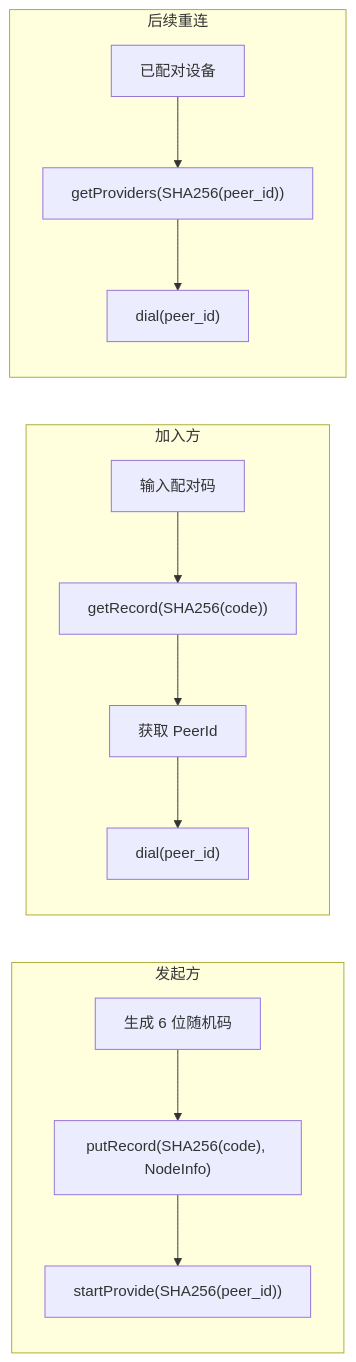
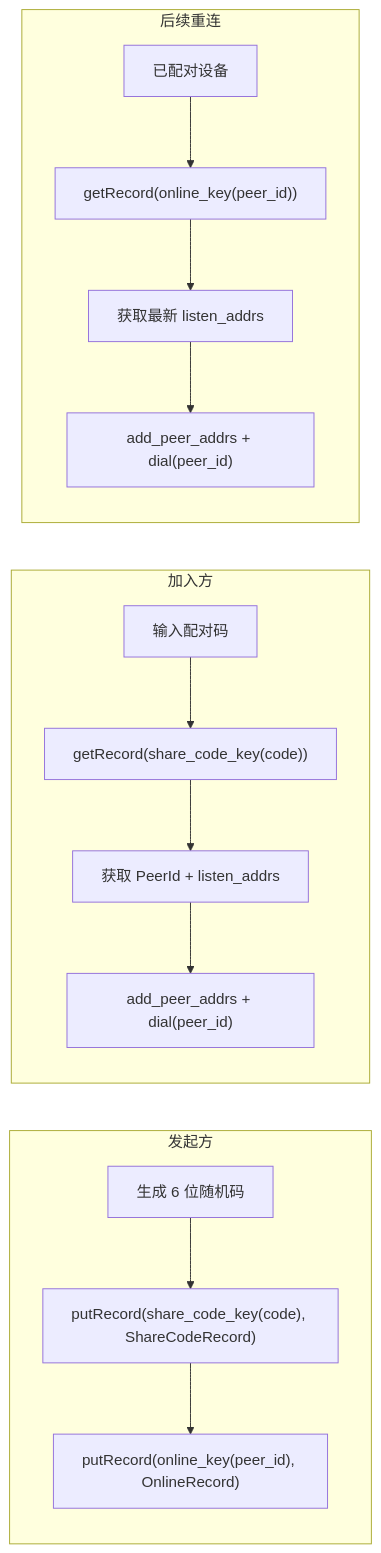
One commit to yexiyue/SwarmDrop changed the first of 5 diagrams in dev-notes/design/pairing-implementation.md. Above: the diagram before and after it, drawn with Mermaid. The commit also changed other lines of this file and 3 other files, not shown here.

````diff
--- a/dev-notes/design/pairing-implementation.md
+++ b/dev-notes/design/pairing-implementation.md
@@ -124,18 +127,19 @@
 ```mermaid
 flowchart LR
     subgraph 发起方
-        A1[生成 6 位随机码] --> A2["putRecord(SHA256(code), NodeInfo)"]
-        A2 --> A3["startProvide(SHA256(peer_id))"]
+        A1[生成 6 位随机码] --> A2["putRecord(share_code_key(code), ShareCodeRecord)"]
+        A2 --> A3["putRecord(online_key(peer_id), OnlineRecord)"]
     end
 
     subgraph 加入方
-        B1[输入配对码] --> B2["getRecord(SHA256(code))"]
-        B2 --> B3["获取 PeerId"]
-        B3 --> B4["dial(peer_id)"]
+        B1[输入配对码] --> B2["getRecord(share_code_key(code))"]
+        B2 --> B3["获取 PeerId + listen_addrs"]
+        B3 --> B4["add_peer_addrs + dial(peer_id)"]
     end
 
     subgraph 后续重连
-        C1[已配对设备] --> C2["getProviders(SHA256(peer_id))"]
-        C2 --> C3["dial(peer_id)"]
+        C1[已配对设备] --> C2["getRecord(online_key(peer_id))"]
+        C2 --> C3["获取最新 listen_addrs"]
+        C3 --> C4["add_peer_addrs + dial(peer_id)"]
     end
 ```
````
